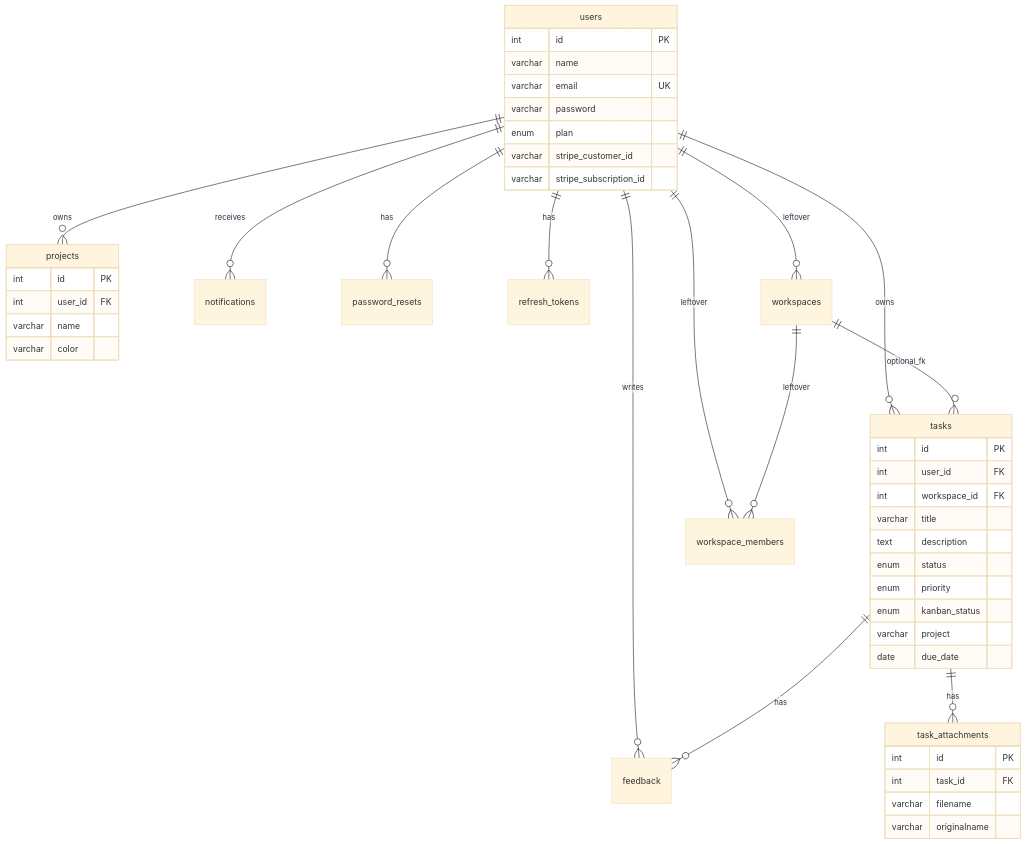
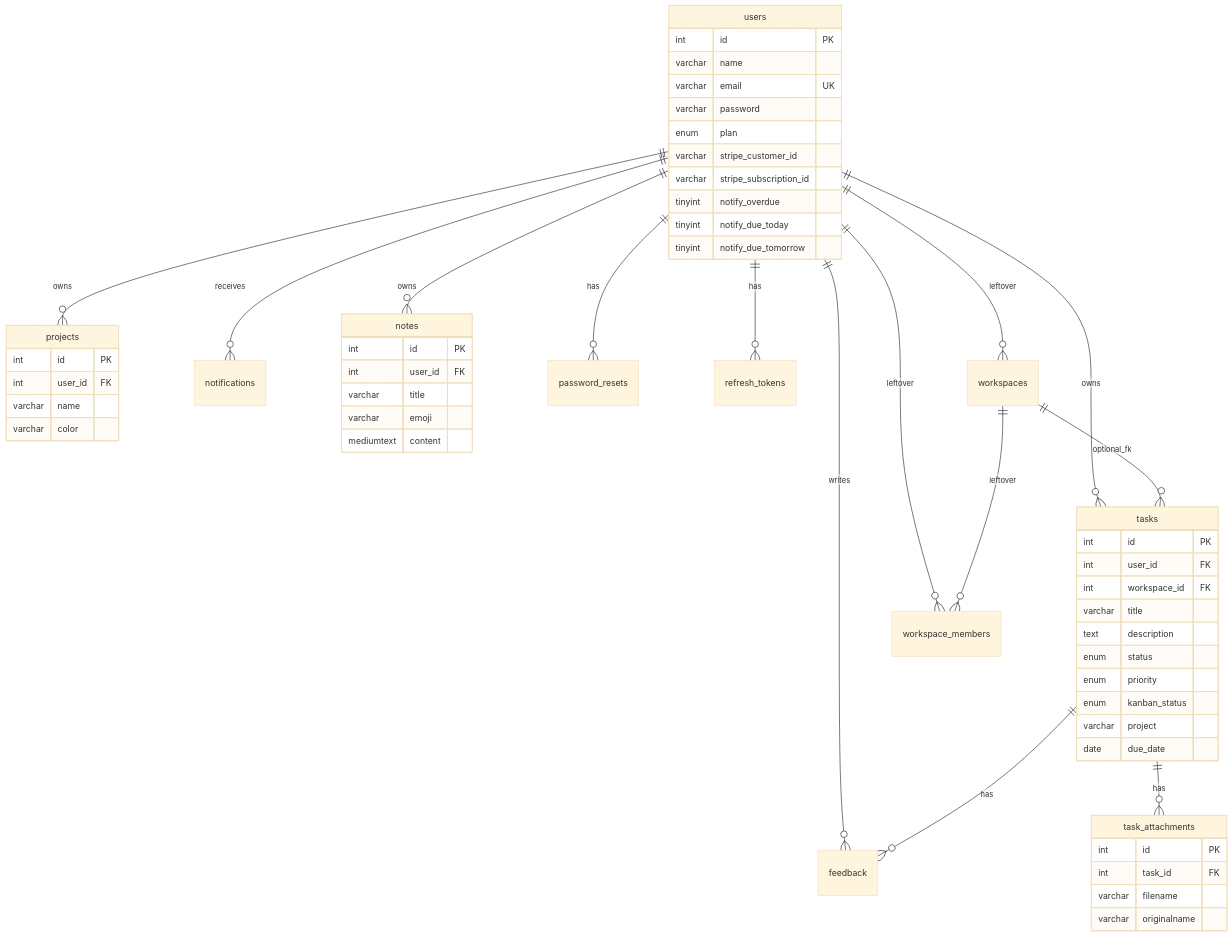
The diagram in docs/SCHEMA.md (Trixxy98/TaskFlow-API), drawn with Mermaid (base theme) before and after one commit. The commit also changed other lines of this file and 4 other files, not shown here.

Commit message:
docs: sync PRD/SCHEMA/RULES/ARCHITECTURE with Stripe and notes API

````diff
--- a/docs/SCHEMA.md
+++ b/docs/SCHEMA.md
@@ -17,49 +17,60 @@
 ```mermaid
 erDiagram
   users ||--o{ projects : owns
   users ||--o{ tasks : owns
   users ||--o{ feedback : writes
   users ||--o{ notifications : receives
+  users ||--o{ notes : owns
   users ||--o{ password_resets : has
   users ||--o{ refresh_tokens : has
   users ||--o{ workspaces : leftover
   users ||--o{ workspace_members : leftover
   tasks ||--o{ feedback : has
   tasks ||--o{ task_attachments : has
   workspaces ||--o{ workspace_members : leftover
   workspaces ||--o{ tasks : optional_fk
 
   users {
     int id PK
     varchar name
     varchar email UK
     varchar password
     enum plan
     varchar stripe_customer_id
     varchar stripe_subscription_id
+    tinyint notify_overdue
+    tinyint notify_due_today
+    tinyint notify_due_tomorrow
   }
   tasks {
     int id PK
     int user_id FK
     int workspace_id FK
     varchar title
     text description
     enum status
     enum priority
     enum kanban_status
     varchar project
     date due_date
+  }
+  notes {
+    int id PK
+    int user_id FK
+    varchar title
+    varchar emoji
+    mediumtext content
   }
   projects {
     int id PK
     int user_id FK
     varchar name
     varchar color
   }
   task_attachments {
     int id PK
     int task_id FK
     varchar filename
     varchar originalname
   }
 ```
````
